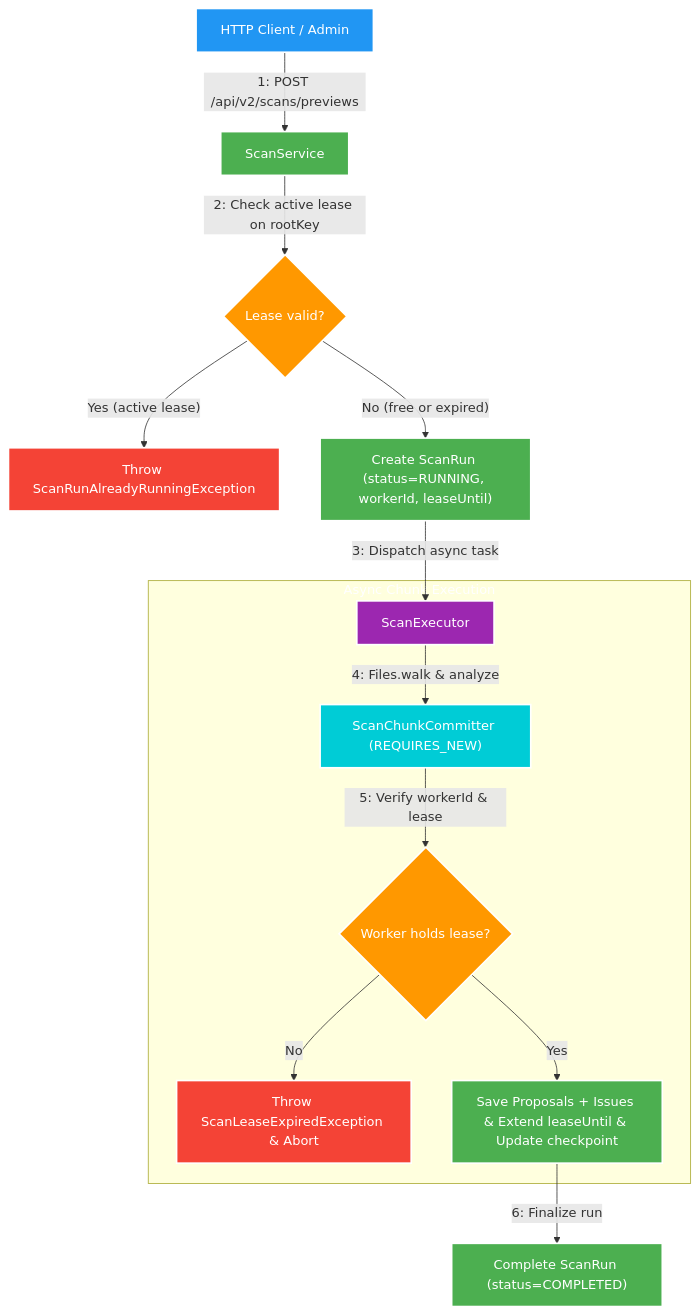
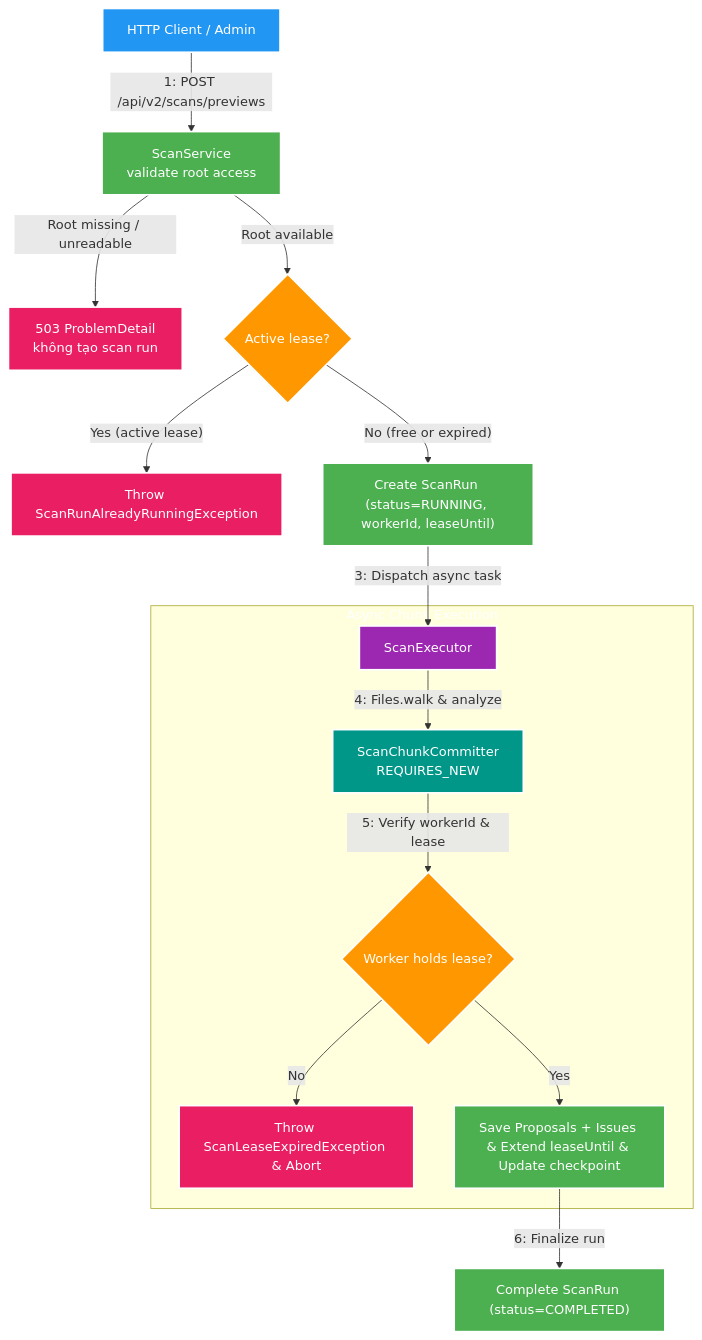
The diagram in docs/features/022-durable-scan-run-lease/02-design.md (HungPhan200591/file-mngt-be-v2), drawn with Mermaid before and after one commit. The commit also changed other lines of this file and 10 other files, not shown here.

Commit message:
feat: implement durable scan root access validation and error handling with integration testing

````diff
--- a/docs/features/022-durable-scan-run-lease/02-design.md
+++ b/docs/features/022-durable-scan-run-lease/02-design.md
@@ -10,29 +10,31 @@
 ```mermaid
 flowchart TB
-    Client["<font color='white'>HTTP Client / Admin</font>"] -->|"1: POST /api/v2/scans/previews"| Service["<font color='white'>ScanService</font>"]
-    Service -->|"2: Check active lease on rootKey"| LeaseCheck{"<font color='white'>Lease valid?</font>"}
+    Client["<font color='white'>HTTP Client / Admin</font>"] -->|"1: POST /api/v2/scans/previews"| Service["<font color='white'>ScanService<br/>validate root access</font>"]
+    Service -->|"Root missing / unreadable"| RootUnavailable["<font color='white'>503 ProblemDetail<br/>không tạo scan run</font>"]
+    Service -->|"Root available"| LeaseCheck{"<font color='white'>Active lease?</font>"}
     LeaseCheck -->|"Yes (active lease)"| Conflict["<font color='white'>Throw ScanRunAlreadyRunningException</font>"]
     LeaseCheck -->|"No (free or expired)"| CreateRun["<font color='white'>Create ScanRun (status=RUNNING, workerId, leaseUntil)</font>"]
     CreateRun -->|"3: Dispatch async task"| Executor["<font color='white'>ScanExecutor</font>"]
     
     subgraph Execution["<font color='white'>Async Chunk Execution</font>"]
-        Executor -->|"4: Files.walk & analyze"| ChunkCommitter["<font color='white'>ScanChunkCommitter (REQUIRES_NEW)</font>"]
+        Executor -->|"4: Files.walk & analyze"| ChunkCommitter["<font color='white'>ScanChunkCommitter<br/>REQUIRES_NEW</font>"]
         ChunkCommitter -->|"5: Verify workerId & lease"| LeaseValid{"<font color='white'>Worker holds lease?</font>"}
         LeaseValid -->|"No"| Abort["<font color='white'>Throw ScanLeaseExpiredException & Abort</font>"]
         LeaseValid -->|"Yes"| SaveChunk["<font color='white'>Save Proposals + Issues & Extend leaseUntil & Update checkpoint</font>"]
     end
     
     SaveChunk -->|"6: Finalize run"| Complete["<font color='white'>Complete ScanRun (status=COMPLETED)</font>"]
 
     style Client fill:#2196F3,stroke:#fff,stroke-width:2px
     style Service fill:#4CAF50,stroke:#fff,stroke-width:2px
+    style RootUnavailable fill:#E91E63,stroke:#fff,stroke-width:2px
     style LeaseCheck fill:#FF9800,stroke:#fff,stroke-width:2px
-    style Conflict fill:#F44336,stroke:#fff,stroke-width:2px
+    style Conflict fill:#E91E63,stroke:#fff,stroke-width:2px
     style CreateRun fill:#4CAF50,stroke:#fff,stroke-width:2px
     style Executor fill:#9C27B0,stroke:#fff,stroke-width:2px
-    style ChunkCommitter fill:#00CCD6,stroke:#fff,stroke-width:2px
+    style ChunkCommitter fill:#009688,stroke:#fff,stroke-width:2px
     style LeaseValid fill:#FF9800,stroke:#fff,stroke-width:2px
-    style Abort fill:#F44336,stroke:#fff,stroke-width:2px
+    style Abort fill:#E91E63,stroke:#fff,stroke-width:2px
     style SaveChunk fill:#4CAF50,stroke:#fff,stroke-width:2px
     style Complete fill:#4CAF50,stroke:#fff,stroke-width:2px
 ```
````
